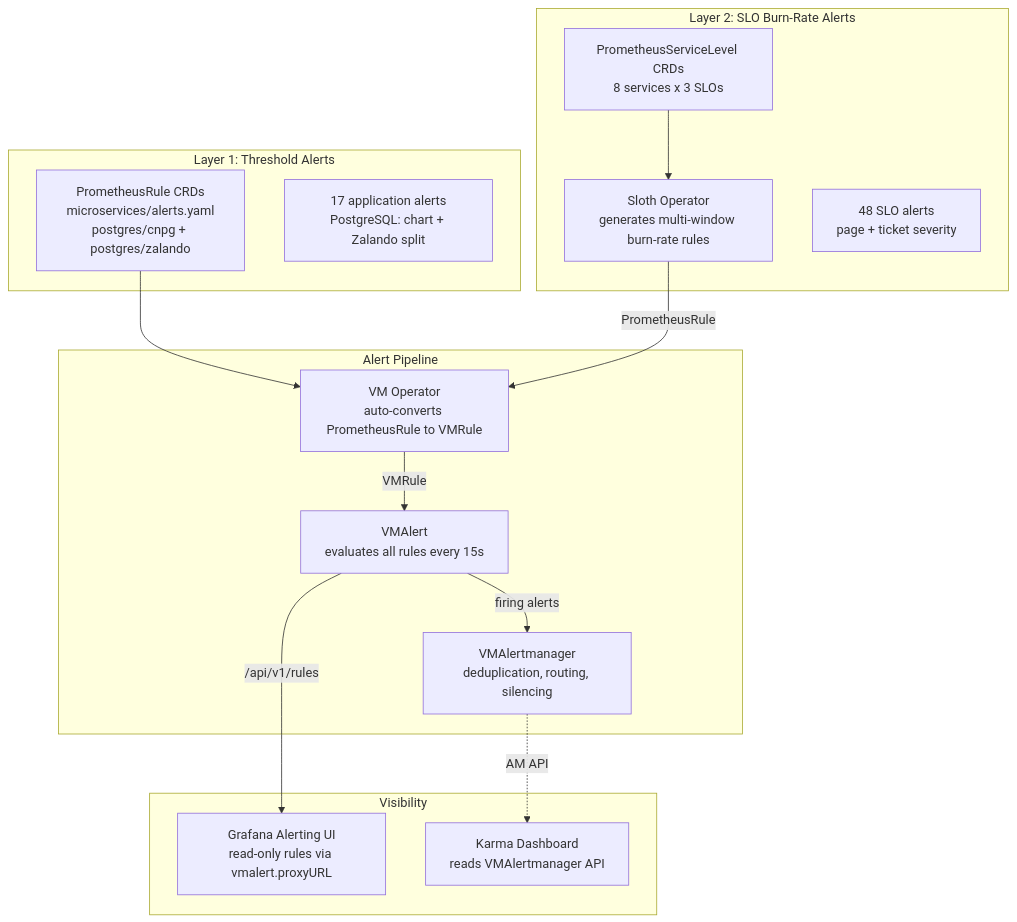
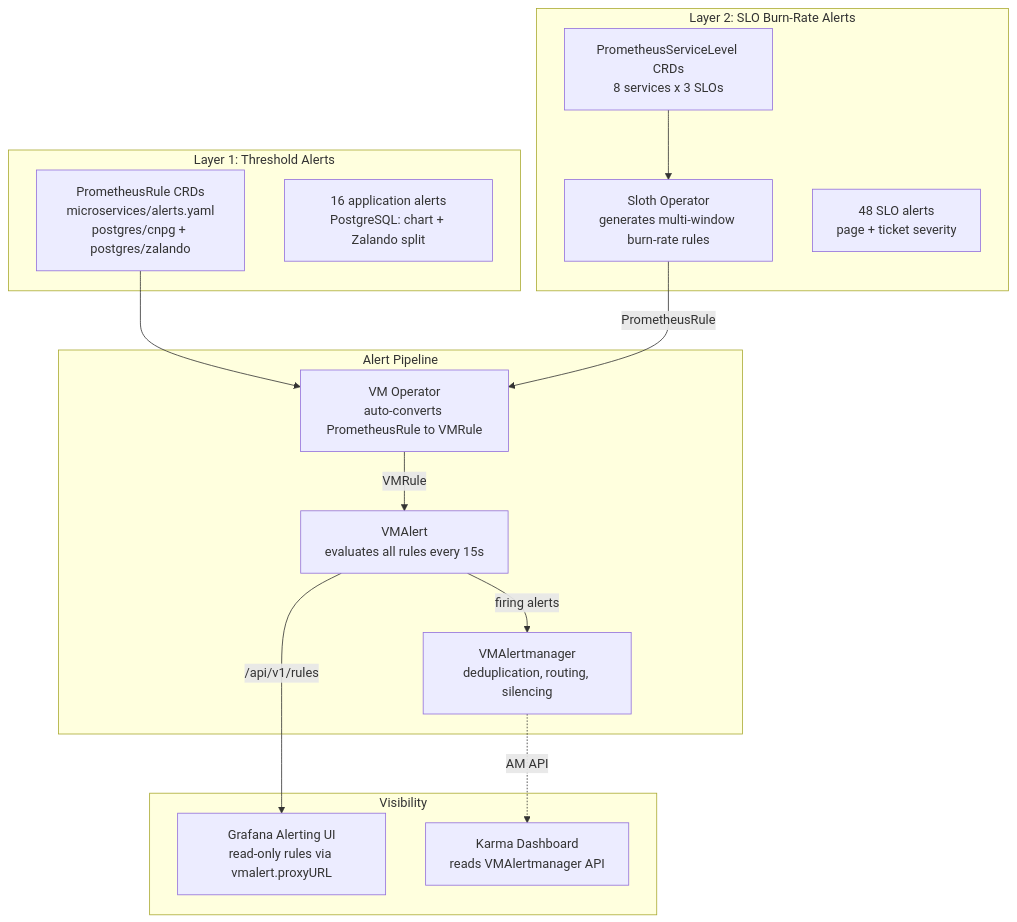
One commit to duynhlab/homelab changed the second of 3 diagrams in docs/observability/alerting/README.md. Above: the diagram before and after it, drawn with Mermaid. The commit also changed other lines of this file and 24 other files, not shown here.

````diff
--- a/docs/observability/alerting/README.md
+++ b/docs/observability/alerting/README.md
@@ -80,32 +84,32 @@
 ```mermaid
 flowchart TD
     subgraph layer1 ["Layer 1: Threshold Alerts"]
         PR1["PrometheusRule CRDs<br/>microservices/alerts.yaml<br/>postgres/cnpg + postgres/zalando"]
-        T1["17 application alerts<br/>PostgreSQL: chart + Zalando split"]
+        T1["16 application alerts<br/>PostgreSQL: chart + Zalando split"]
     end
 
     subgraph layer2 ["Layer 2: SLO Burn-Rate Alerts"]
         PSL["PrometheusServiceLevel CRDs<br/>8 services x 3 SLOs"]
         Sloth["Sloth Operator<br/>generates multi-window burn-rate rules"]
         T2["48 SLO alerts<br/>page + ticket severity"]
     end
 
     subgraph pipeline ["Alert Pipeline"]
         VMOp["VM Operator<br/>auto-converts PrometheusRule to VMRule"]
         VMAlert["VMAlert<br/>evaluates all rules every 15s"]
         VMAM["VMAlertmanager<br/>deduplication, routing, silencing"]
     end
 
     subgraph viz [Visibility]
         Grafana["Grafana Alerting UI<br/>read-only rules via vmalert.proxyURL"]
         Karma["Karma Dashboard<br/>reads VMAlertmanager API"]
     end
 
     PR1 --> VMOp
     PSL --> Sloth
     Sloth -->|"PrometheusRule"| VMOp
     VMOp -->|"VMRule"| VMAlert
     VMAlert -->|"firing alerts"| VMAM
     VMAlert -->|"/api/v1/rules"| Grafana
     VMAM -.->|"AM API"| Karma
 ```
````
